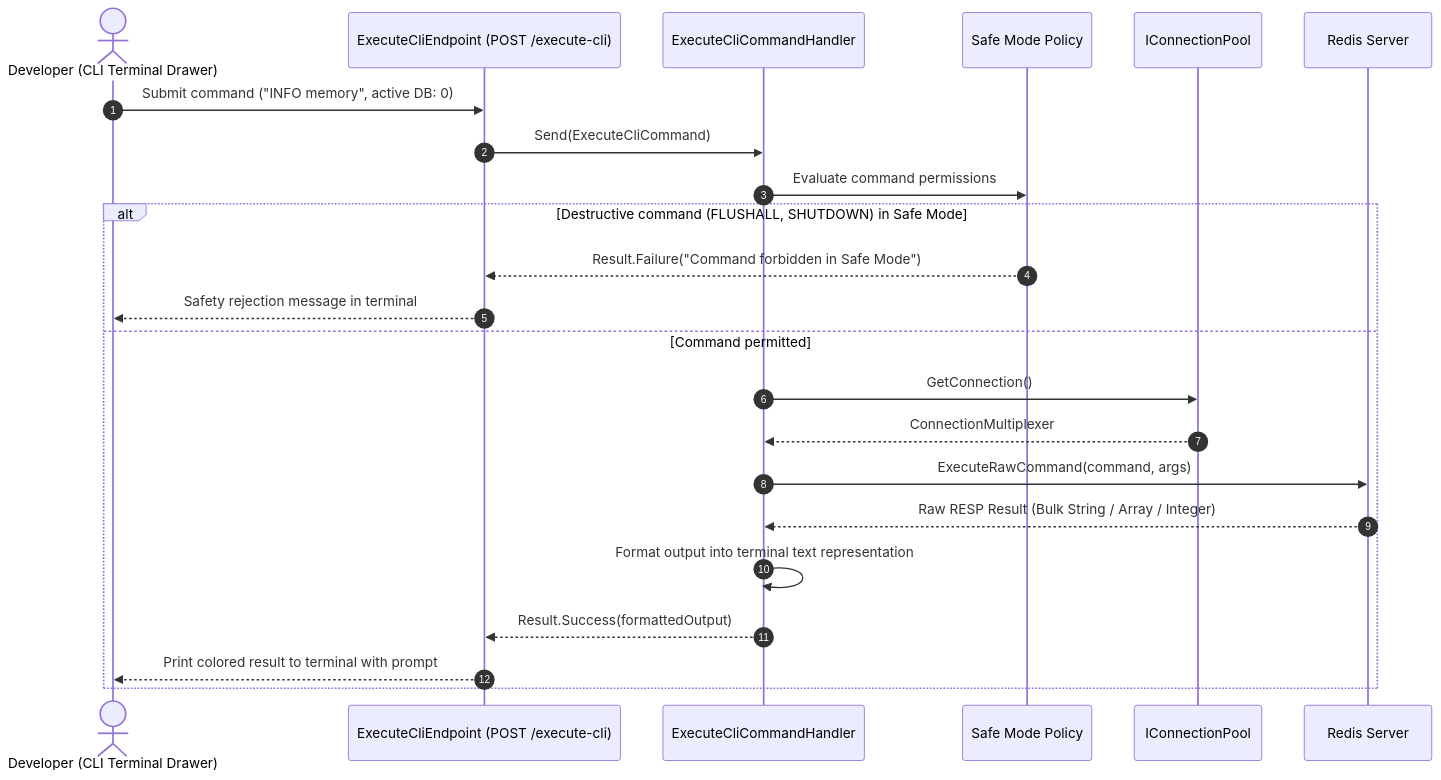
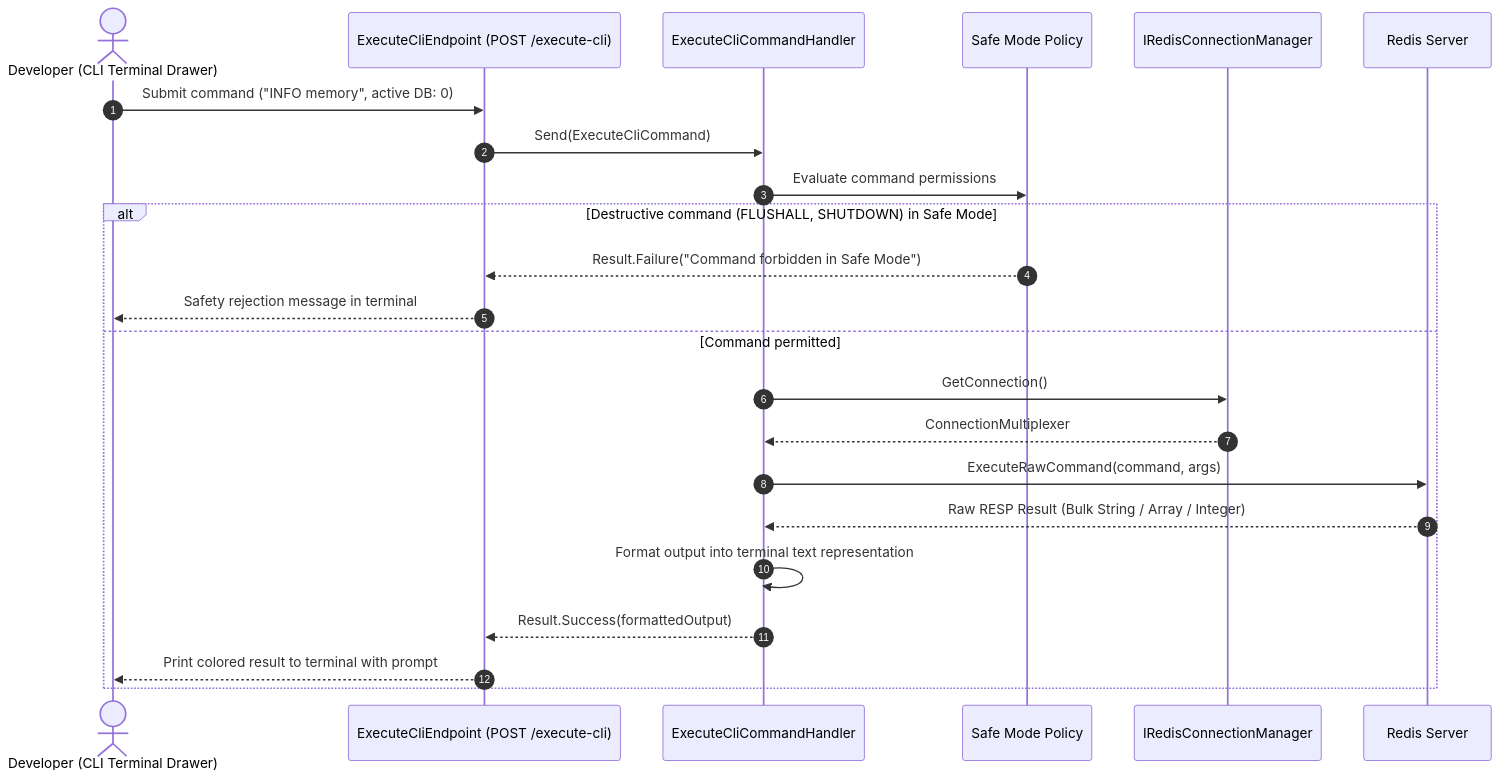
One commit to dellik95/redis-gui changed the eighth of 8 diagrams in docs/diagrams.md. Above: the diagram before and after it, drawn with Mermaid. The commit also changed other lines of this file and 32 other files, not shown here.

First line of the commit message:
refactor: replace ConnectionPool with robust RedisConnectionManager

````diff
--- a/docs/diagrams.md
+++ b/docs/diagrams.md
@@ -278,27 +278,27 @@
 ```mermaid
 sequenceDiagram
     autonumber
     actor Dev as Developer (CLI Terminal Drawer)
     participant Endpoint as ExecuteCliEndpoint (POST /execute-cli)
     participant Handler as ExecuteCliCommandHandler
     participant SafeMode as Safe Mode Policy
-    participant Pool as IConnectionPool
+    participant Pool as IRedisConnectionManager
     participant Redis as Redis Server
 
     Dev->>Endpoint: Submit command ("INFO memory", active DB: 0)
     Endpoint->>Handler: Send(ExecuteCliCommand)
     Handler->>SafeMode: Evaluate command permissions
     
     alt Destructive command (FLUSHALL, SHUTDOWN) in Safe Mode
         SafeMode-->>Endpoint: Result.Failure("Command forbidden in Safe Mode")
         Endpoint-->>Dev: Safety rejection message in terminal
     else Command permitted
         Handler->>Pool: GetConnection()
         Pool-->>Handler: ConnectionMultiplexer
         Handler->>Redis: ExecuteRawCommand(command, args)
         Redis-->>Handler: Raw RESP Result (Bulk String / Array / Integer)
         Handler->>Handler: Format output into terminal text representation
         Handler-->>Endpoint: Result.Success(formattedOutput)
         Endpoint-->>Dev: Print colored result to terminal with prompt
     end
 ```
````
